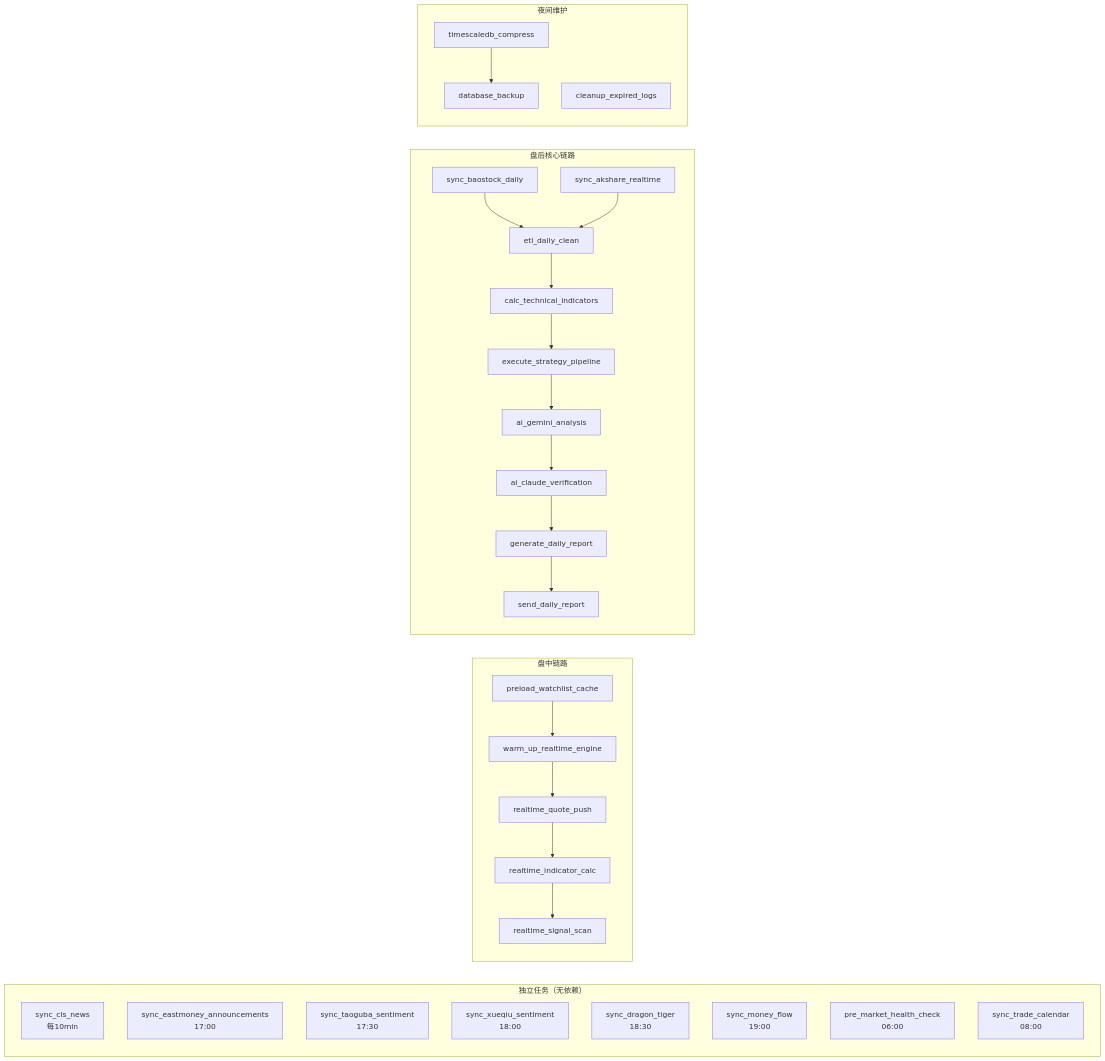
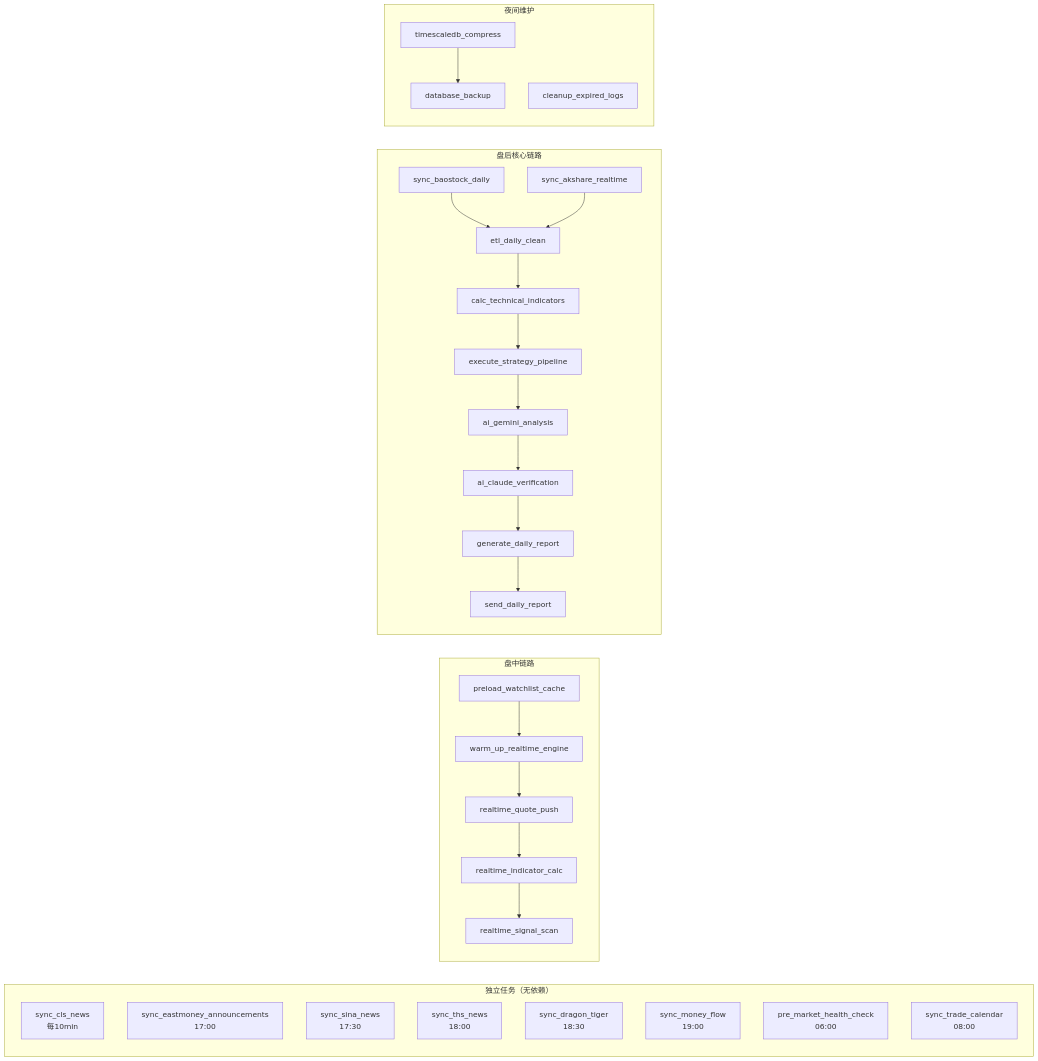
The third of 5 diagrams in docs/design/10-系统设计-定时任务调度.md (adrian-xia/stock-selector), drawn with Mermaid before and after one commit. The commit also changed other lines of this file and 16 other files, not shown here.

````diff
--- a/docs/design/10-系统设计-定时任务调度.md
+++ b/docs/design/10-系统设计-定时任务调度.md
@@ -319,36 +319,36 @@
 ```mermaid
 graph LR
     subgraph "独立任务（无依赖）"
         NEWS_CLS[sync_cls_news<br/>每10min]
         NEWS_EAST[sync_eastmoney_announcements<br/>17:00]
-        NEWS_TGB[sync_taoguba_sentiment<br/>17:30]
-        NEWS_XQ[sync_xueqiu_sentiment<br/>18:00]
+        NEWS_SINA[sync_sina_news<br/>17:30]
+        NEWS_THS[sync_ths_news<br/>18:00]
         DRAGON[sync_dragon_tiger<br/>18:30]
         MONEY[sync_money_flow<br/>19:00]
         HEALTH[pre_market_health_check<br/>06:00]
         CAL[sync_trade_calendar<br/>08:00]
     end
 
     subgraph "盘中链路"
         PRELOAD[preload_watchlist_cache] --> WARMUP[warm_up_realtime_engine]
         WARMUP --> RT_QUOTE[realtime_quote_push]
         RT_QUOTE --> RT_CALC[realtime_indicator_calc]
         RT_CALC --> RT_SIGNAL[realtime_signal_scan]
     end
 
     subgraph "盘后核心链路"
         BAOSTOCK2[sync_baostock_daily] --> ETL2[etl_daily_clean]
         AKSHARE2[sync_akshare_realtime] --> ETL2
         ETL2 --> TECH2[calc_technical_indicators]
         TECH2 --> PIPE2[execute_strategy_pipeline]
         PIPE2 --> GEM2[ai_gemini_analysis]
         GEM2 --> CLA2[ai_claude_verification]
         CLA2 --> RPT2[generate_daily_report]
         RPT2 --> SEND2[send_daily_report]
     end
 
     subgraph "夜间维护"
         COMPRESS[timescaledb_compress] --> BACKUP[database_backup]
         CLEANUP[cleanup_expired_logs]
     end
 ```
````
